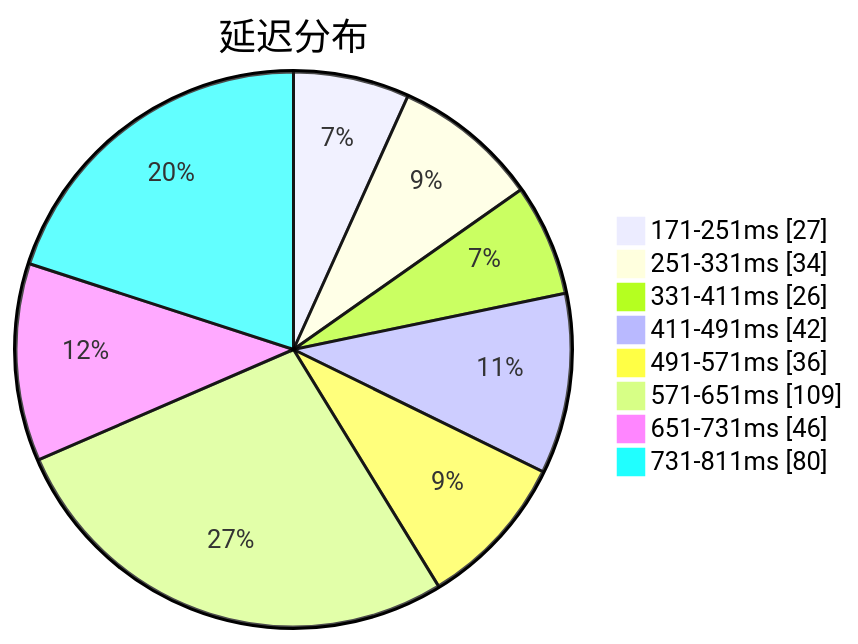
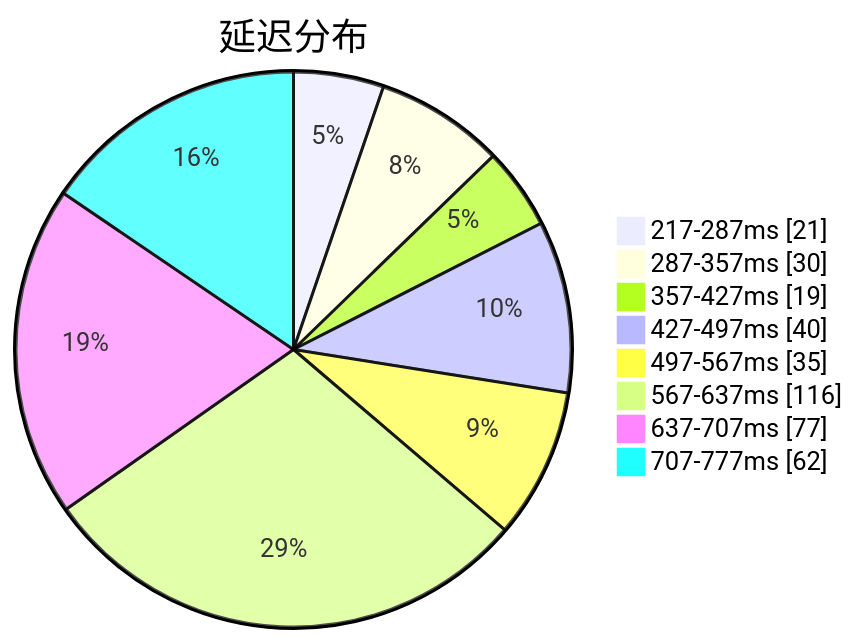
One commit to qjlxg/airport changed the first of 3 diagrams in subs/statistics/tested_within.md. Above: the diagram before and after it, drawn with Mermaid. The commit also changed other lines of this file and 2 other files, not shown here.

````diff
--- a/subs/statistics/tested_within.md
+++ b/subs/statistics/tested_within.md
@@ -2,12 +2,12 @@
 ```mermaid
 pie showData
 title 延迟分布
-"171-251ms" : 27
-"251-331ms" : 34
-"331-411ms" : 26
-"411-491ms" : 42
-"491-571ms" : 36
-"571-651ms" : 109
-"651-731ms" : 46
-"731-811ms" : 80
+"217-287ms" : 21
+"287-357ms" : 30
+"357-427ms" : 19
+"427-497ms" : 40
+"497-567ms" : 35
+"567-637ms" : 116
+"637-707ms" : 77
+"707-777ms" : 62
 ```
````
